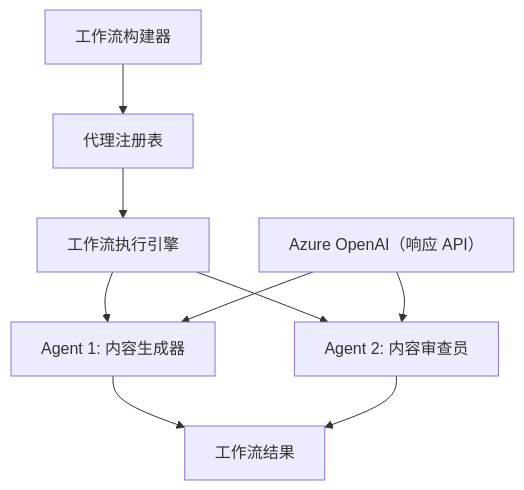
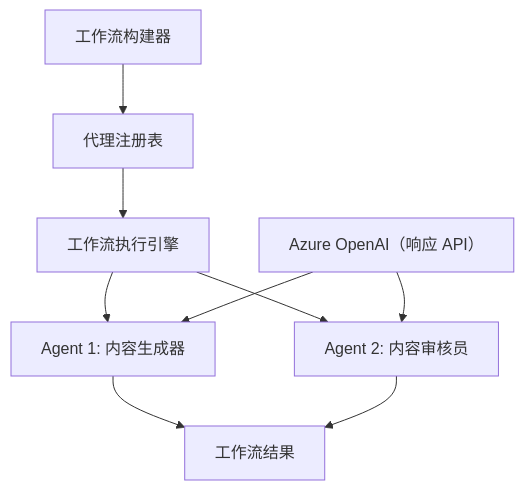
Before and after one commit to venturemavenwill/azureaifundamentals: the diagram in translations/zh-CN/08-multi-agent/code_samples/workflows-agent-framework/dotNET/01.dotnet-agent-framework-workflow-ghmodel-basic.md, drawn with Mermaid. The commit also changed other lines of this file and 2002 other files, not shown here.

````diff
--- a/translations/zh-CN/08-multi-agent/code_samples/workflows-agent-framework/dotNET/01.dotnet-agent-framework-workflow-ghmodel-basic.md
+++ b/translations/zh-CN/08-multi-agent/code_samples/workflows-agent-framework/dotNET/01.dotnet-agent-framework-workflow-ghmodel-basic.md
@@ -64,11 +64,11 @@
 ```mermaid
 graph TD
     A[工作流构建器] --> B[代理注册表]
     B --> C[工作流执行引擎]
     C --> D[Agent 1: 内容生成器]
-    C --> E[Agent 2: 内容审查员] 
+    C --> E[Agent 2: 内容审核员] 
     D --> F[工作流结果]
     E --> F
     G[Azure OpenAI（响应 API）] --> D
     G --> E
 ```
````
